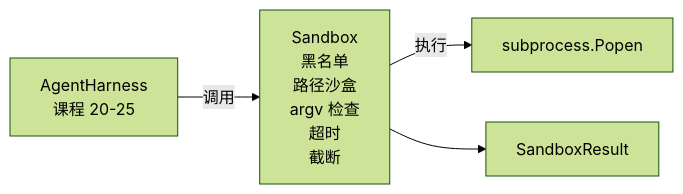
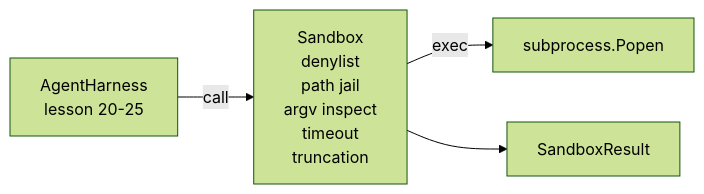
Before and after one commit to xiaojiaenen/ai-engineering-from-scratch-zh: the second of 2 diagrams in i18n/zh/phases/19-capstone-projects/26-sandbox-runner-denylist/docs/zh.md, drawn with Mermaid (forest theme). The commit also changed other lines of this file and 85 other files, not shown here.

````diff
--- a/i18n/zh/phases/19-capstone-projects/26-sandbox-runner-denylist/docs/zh.md
+++ b/i18n/zh/phases/19-capstone-projects/26-sandbox-runner-denylist/docs/zh.md
@@ -55,6 +55,6 @@
 ```mermaid
 flowchart LR
-  Harness[AgentHarness<br/>课程 20-25] -->|调用| Sandbox[Sandbox<br/>黑名单<br/>路径沙盒<br/>argv 检查<br/>超时<br/>截断]
-  Sandbox -->|执行| Popen[subprocess.Popen]
+  Harness[AgentHarness<br/>lesson 20-25] -->|call| Sandbox[Sandbox<br/>denylist<br/>path jail<br/>argv inspect<br/>timeout<br/>truncation]
+  Sandbox -->|exec| Popen[subprocess.Popen]
   Sandbox --> Result[SandboxResult]
 ```
````
